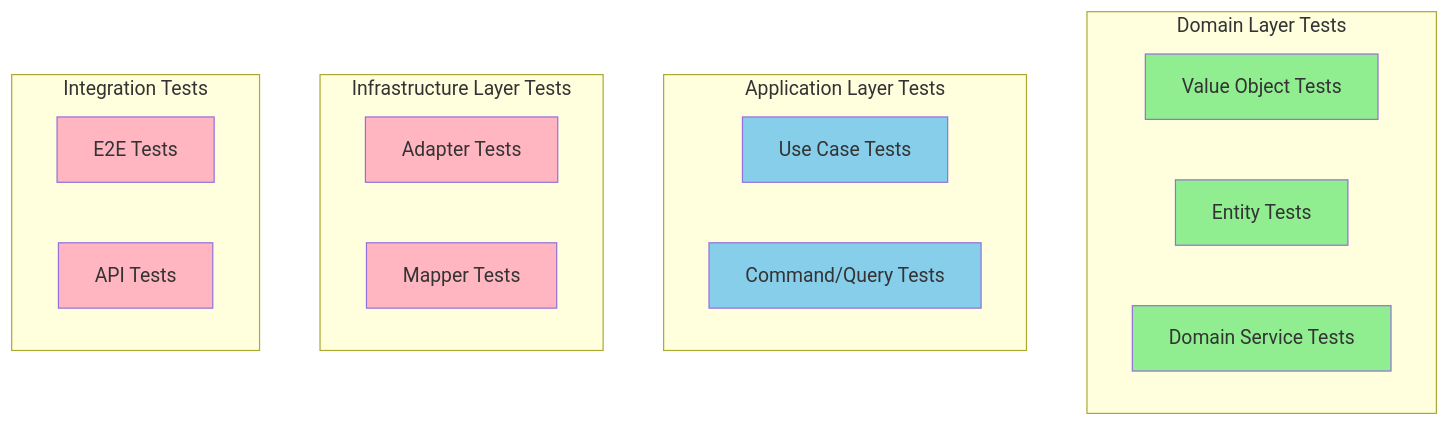
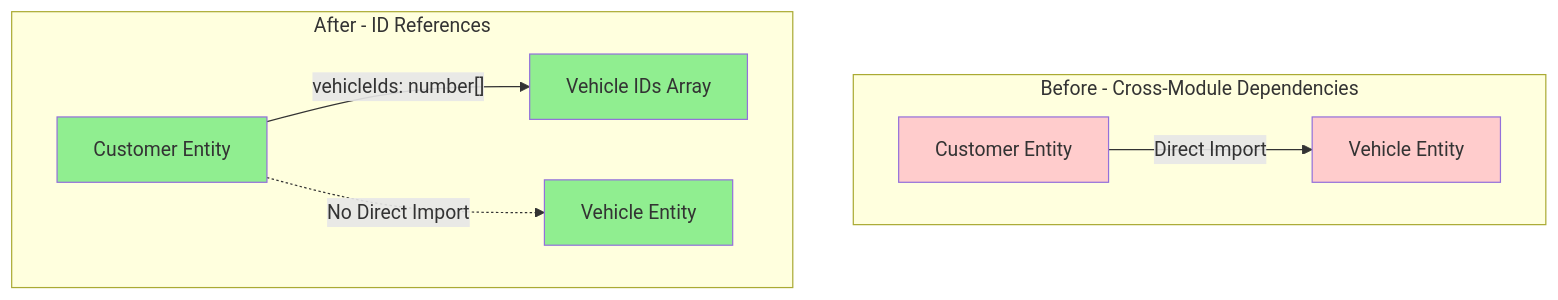
Before and after one commit to 12SOAT-Workshop-FIAP/garage-management-system: diagram 15 of 16 in docs/hexagonal-architecture-migration.md, drawn with Mermaid. The commit also changed other lines of this file, not shown here.

````diff
--- a/docs/hexagonal-architecture-migration.md
+++ b/docs/hexagonal-architecture-migration.md
@@ -725,33 +681,21 @@
 ```mermaid
 graph TB
-    subgraph "Domain Layer Tests"
-        A[Value Object Tests]
-        B[Entity Tests]
-        C[Domain Service Tests]
+    subgraph "Before - Cross-Module Dependencies"
+        A[Customer Entity]
+        B[Vehicle Entity]
+        A -->|Direct Import| B
+        style A fill:#ffcccc
+        style B fill:#ffcccc
     end
     
-    subgraph "Application Layer Tests"
-        D[Use Case Tests]
-        E[Command/Query Tests]
+    subgraph "After - ID References"
+        C[Customer Entity]
+        D[Vehicle IDs Array]
+        E[Vehicle Entity]
+        C -->|"vehicleIds: number[]"| D
+        C -.->|No Direct Import| E
+        style C fill:#90EE90
+        style D fill:#90EE90
+        style E fill:#90EE90
     end
-    
-    subgraph "Infrastructure Layer Tests"
-        F[Adapter Tests]
-        G[Mapper Tests]
-    end
-    
-    subgraph "Integration Tests"
-        H[E2E Tests]
-        I[API Tests]
-    end
-    
-    style A fill:#90EE90
-    style B fill:#90EE90
-    style C fill:#90EE90
-    style D fill:#87CEEB
-    style E fill:#87CEEB
-    style F fill:#FFB6C1
-    style G fill:#FFB6C1
-    style H fill:#FFB6C1
-    style I fill:#FFB6C1
 ```
````
